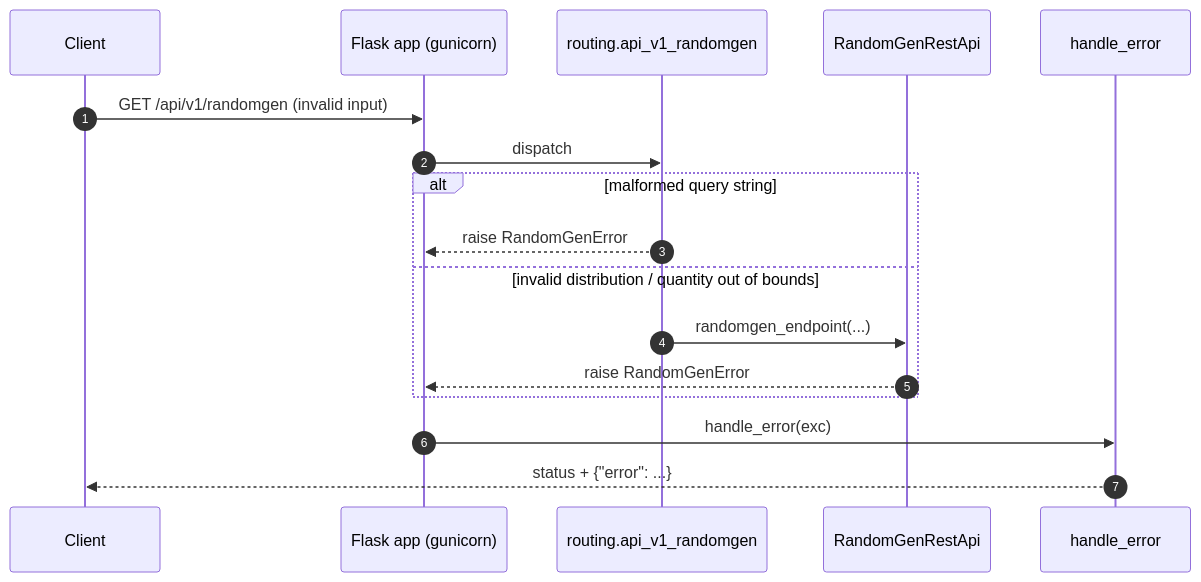
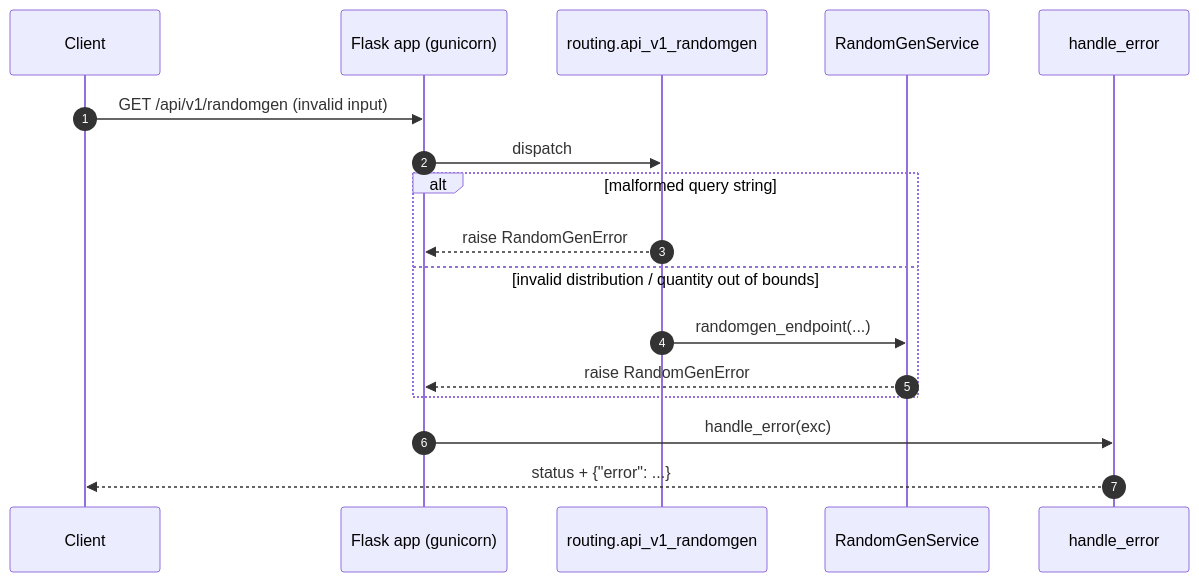
One commit to braboj/demo-randomgen changed the second of 3 diagrams in docs/arc42/06-runtime-view.md. Above: the diagram before and after it, drawn with Mermaid. The commit also changed other lines of this file and 13 other files, not shown here.

First line of the commit message:
refactor: rename endpoints.py to service.py, RandomGenRestApi to RandomGenService (#185) (#187)

````diff
--- a/docs/arc42/06-runtime-view.md
+++ b/docs/arc42/06-runtime-view.md
@@ -57,20 +57,20 @@
 ```mermaid
 sequenceDiagram
     autonumber
     participant C as Client
     participant F as Flask app (gunicorn)
     participant R as routing.api_v1_randomgen
-    participant API as RandomGenRestApi
+    participant API as RandomGenService
     participant EH as handle_error
 
     C->>F: GET /api/v1/randomgen (invalid input)
     F->>R: dispatch
     alt malformed query string
         R-->>F: raise RandomGenError
     else invalid distribution / quantity out of bounds
         R->>API: randomgen_endpoint(...)
         API-->>F: raise RandomGenError
     end
     F->>EH: handle_error(exc)
     EH-->>C: status + {"error": ...}
 ```
````
